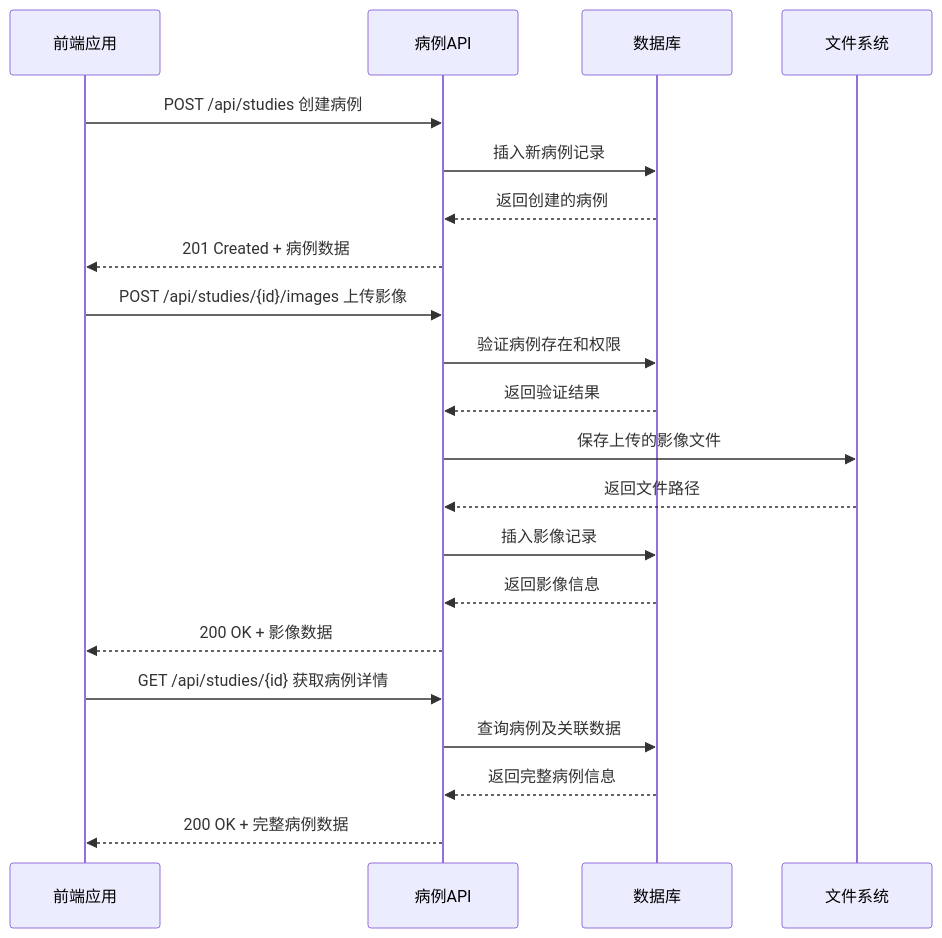
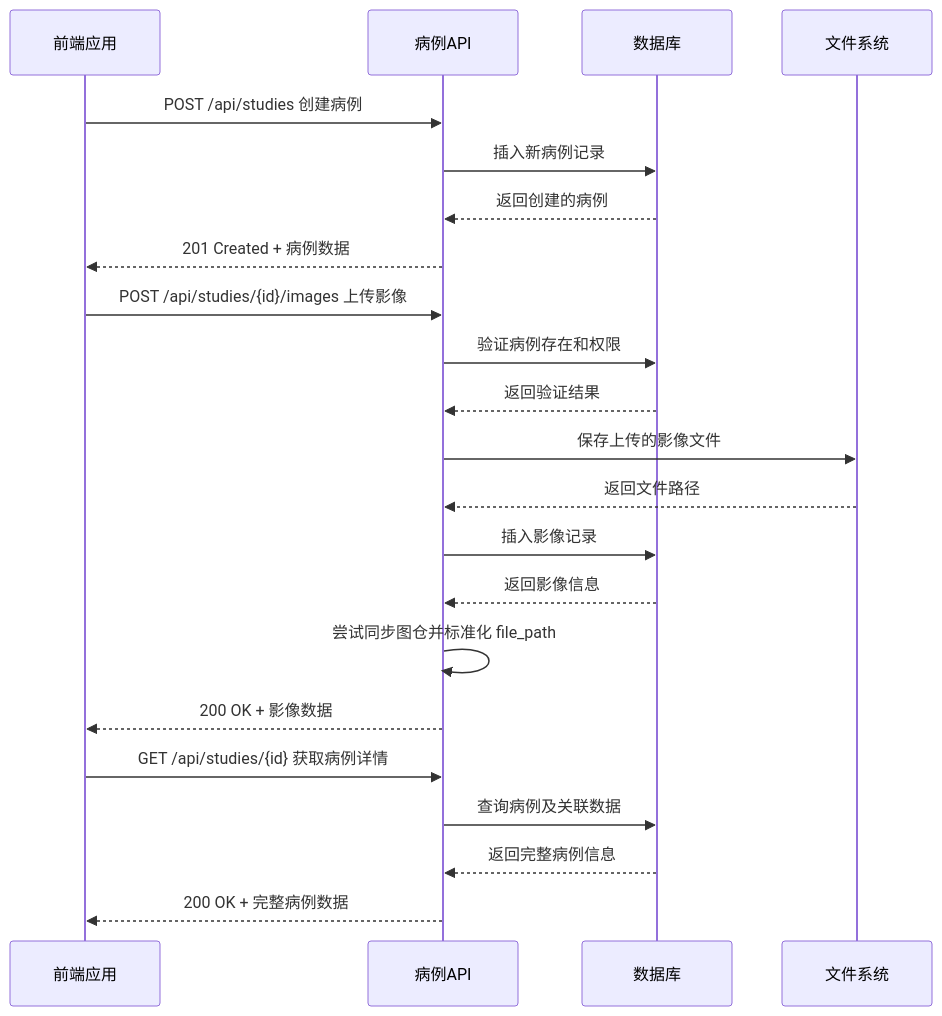
The second of 2 diagrams in wiki/后端架构/API端点参考/病例管理API/病例API.md (xingranya/CervixDetectAI), drawn with Mermaid before and after one commit. The commit also changed other lines of this file and 10 other files, not shown here.

First line of the commit message:
refactor(storage): 优化影像上传路径管理及图仓同步逻辑

````diff
--- a/wiki/后端架构/API端点参考/病例管理API/病例API.md
+++ b/wiki/后端架构/API端点参考/病例管理API/病例API.md
@@ -605,22 +606,23 @@
 ```mermaid
 sequenceDiagram
 participant 前端 as 前端应用
 participant API as 病例API
 participant 数据库 as 数据库
 前端->>API : POST /api/studies 创建病例
 API->>数据库 : 插入新病例记录
 数据库-->>API : 返回创建的病例
 API-->>前端 : 201 Created + 病例数据
 前端->>API : POST /api/studies/{id}/images 上传影像
 API->>数据库 : 验证病例存在和权限
 数据库-->>API : 返回验证结果
 API->>文件系统 : 保存上传的影像文件
 文件系统-->>API : 返回文件路径
 API->>数据库 : 插入影像记录
 数据库-->>API : 返回影像信息
+API->>API : 尝试同步图仓并标准化 file_path
 API-->>前端 : 200 OK + 影像数据
 前端->>API : GET /api/studies/{id} 获取病例详情
 API->>数据库 : 查询病例及关联数据
 数据库-->>API : 返回完整病例信息
 API-->>前端 : 200 OK + 完整病例数据
 ```
````
